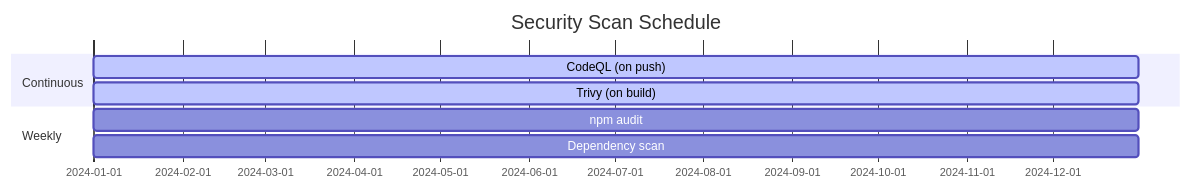
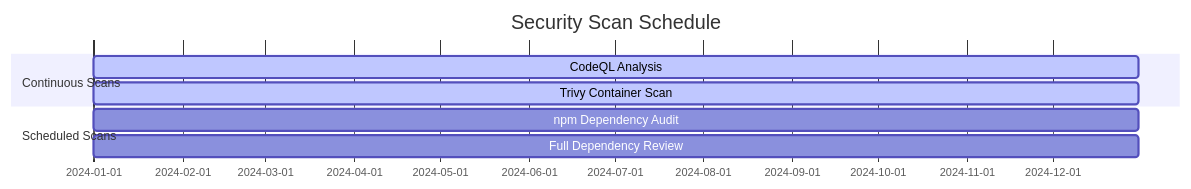
The second of 9 diagrams in docs/SECURITY.md (WSO2-G02/salon-booking-frontend-dev), drawn with Mermaid before and after one commit. The commit also changed other lines of this file and 2 other files, not shown here.

````diff
--- a/docs/SECURITY.md
+++ b/docs/SECURITY.md
@@ -53,11 +47,11 @@
 ```mermaid
 gantt
     title Security Scan Schedule
-    dateFormat  YYYY-MM-DD
-    section Continuous
-    CodeQL (on push)         :active, codeql, 2024-01-01, 365d
-    Trivy (on build)         :active, trivy, 2024-01-01, 365d
-    section Weekly
-    npm audit                :weekly, 2024-01-01, 365d
-    Dependency scan          :weekly, 2024-01-01, 365d
+    dateFormat YYYY-MM-DD
+    section Continuous Scans
+    CodeQL Analysis           :active, codeql, 2024-01-01, 365d
+    Trivy Container Scan      :active, trivy, 2024-01-01, 365d
+    section Scheduled Scans
+    npm Dependency Audit      :weekly, 2024-01-01, 365d
+    Full Dependency Review    :weekly, 2024-01-01, 365d
 ```
````
